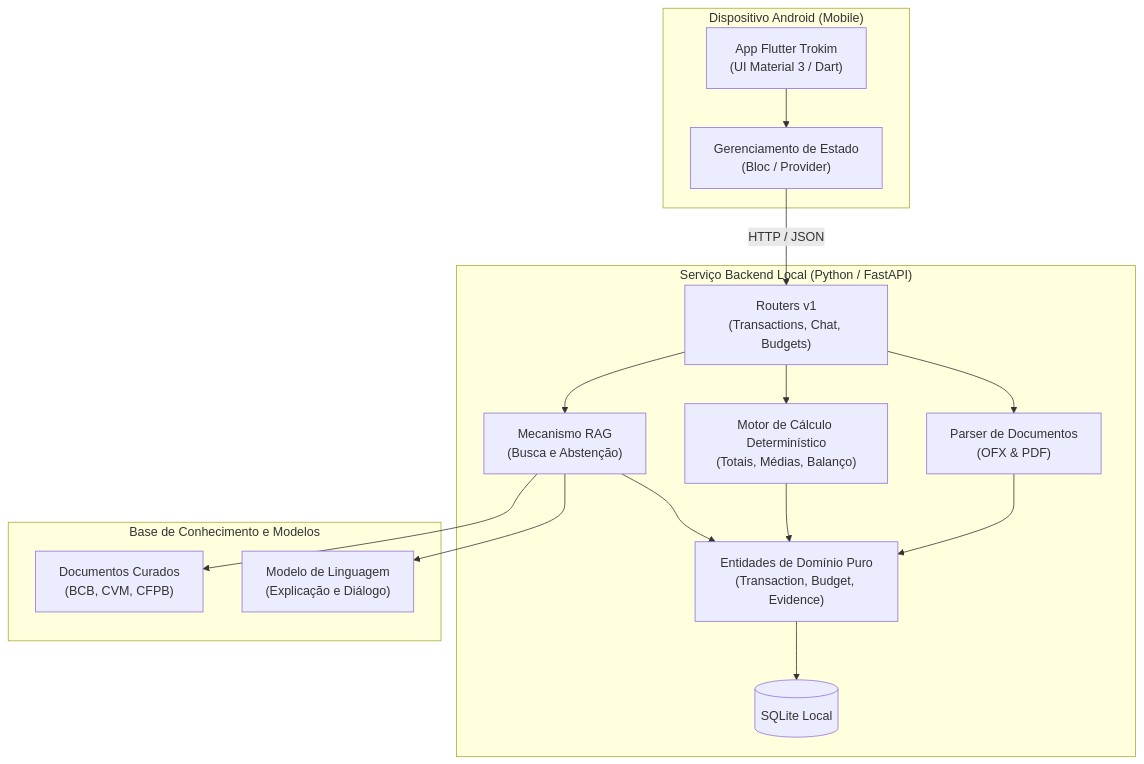
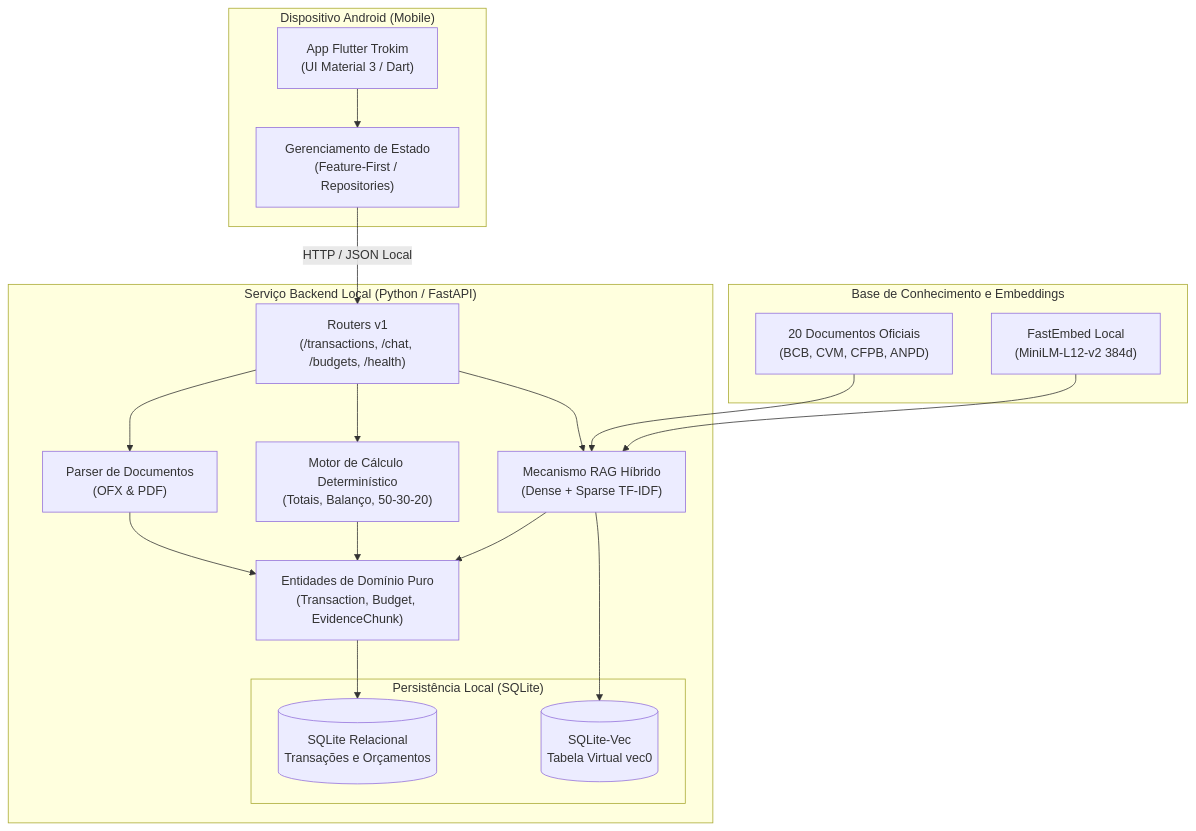
One commit to moonshinerd/trokim changed the first of 3 diagrams in docs/arquitetura/mapa-do-sistema.md. Above: the diagram before and after it, drawn with Mermaid. The commit also changed other lines of this file and 9 other files, not shown here.

````diff
--- a/docs/arquitetura/mapa-do-sistema.md
+++ b/docs/arquitetura/mapa-do-sistema.md
@@ -9,39 +9,44 @@
 ```mermaid
 graph TD
     subgraph "Dispositivo Android (Mobile)"
         FlutterApp["App Flutter Trokim<br/>(UI Material 3 / Dart)"]
-        StateManagement["Gerenciamento de Estado<br/>(Bloc / Provider)"]
+        StateManagement["Gerenciamento de Estado<br/>(Feature-First / Repositories)"]
         FlutterApp --> StateManagement
     end
 
     subgraph "Serviço Backend Local (Python / FastAPI)"
-        APIEntry["Routers v1<br/>(Transactions, Chat, Budgets)"]
+        APIEntry["Routers v1<br/>(/transactions, /chat, /budgets, /health)"]
         
         Parser["Parser de Documentos<br/>(OFX & PDF)"]
-        CalcService["Motor de Cálculo Determinístico<br/>(Totais, Médias, Balanço)"]
-        RAGService["Mecanismo RAG<br/>(Busca e Abstenção)"]
+        CalcService["Motor de Cálculo Determinístico<br/>(Totais, Balanço, 50-30-20)"]
+        RAGService["Mecanismo RAG Híbrido<br/>(Dense + Sparse TF-IDF)"]
         
-        DomainCore["Entidades de Domínio Puro<br/>(Transaction, Budget, Evidence)"]
-        DB[(SQLite Local)]
+        DomainCore["Entidades de Domínio Puro<br/>(Transaction, Budget, EvidenceChunk)"]
+        
+        subgraph "Persistência Local (SQLite)"
+            DB[(SQLite Relacional<br/>Transações e Orçamentos)]
+            VecDB[(SQLite-Vec<br/>Tabela Virtual vec0)]
+        end
         
         APIEntry --> Parser
         APIEntry --> CalcService
         APIEntry --> RAGService
         
         Parser --> DomainCore
         CalcService --> DomainCore
         RAGService --> DomainCore
         
         DomainCore --> DB
+        RAGService --> VecDB
     end
 
-    subgraph "Base de Conhecimento e Modelos"
-        KnowledgeBase["Documentos Curados<br/>(BCB, CVM, CFPB)"]
-        LLM["Modelo de Linguagem<br/>(Explicação e Diálogo)"]
+    subgraph "Base de Conhecimento e Embeddings"
+        KnowledgeBase["20 Documentos Oficiais<br/>(BCB, CVM, CFPB, ANPD)"]
+        Embedder["FastEmbed Local<br/>(MiniLM-L12-v2 384d)"]
         
-        RAGService --> KnowledgeBase
-        RAGService --> LLM
+        KnowledgeBase --> RAGService
+        Embedder --> RAGService
     end
 
-    StateManagement -->|HTTP / JSON| APIEntry
+    StateManagement -->|HTTP / JSON Local| APIEntry
 ```
````
